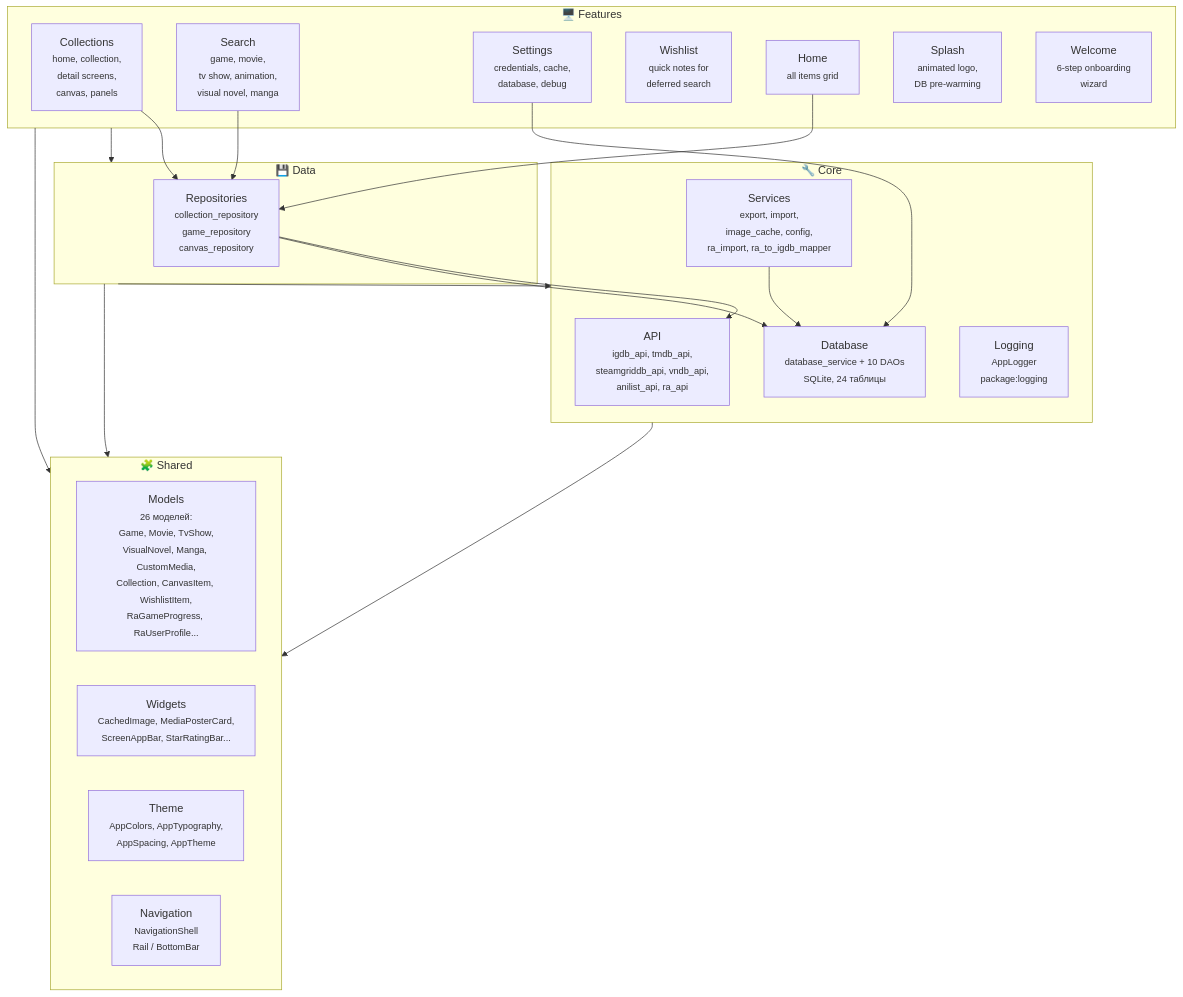
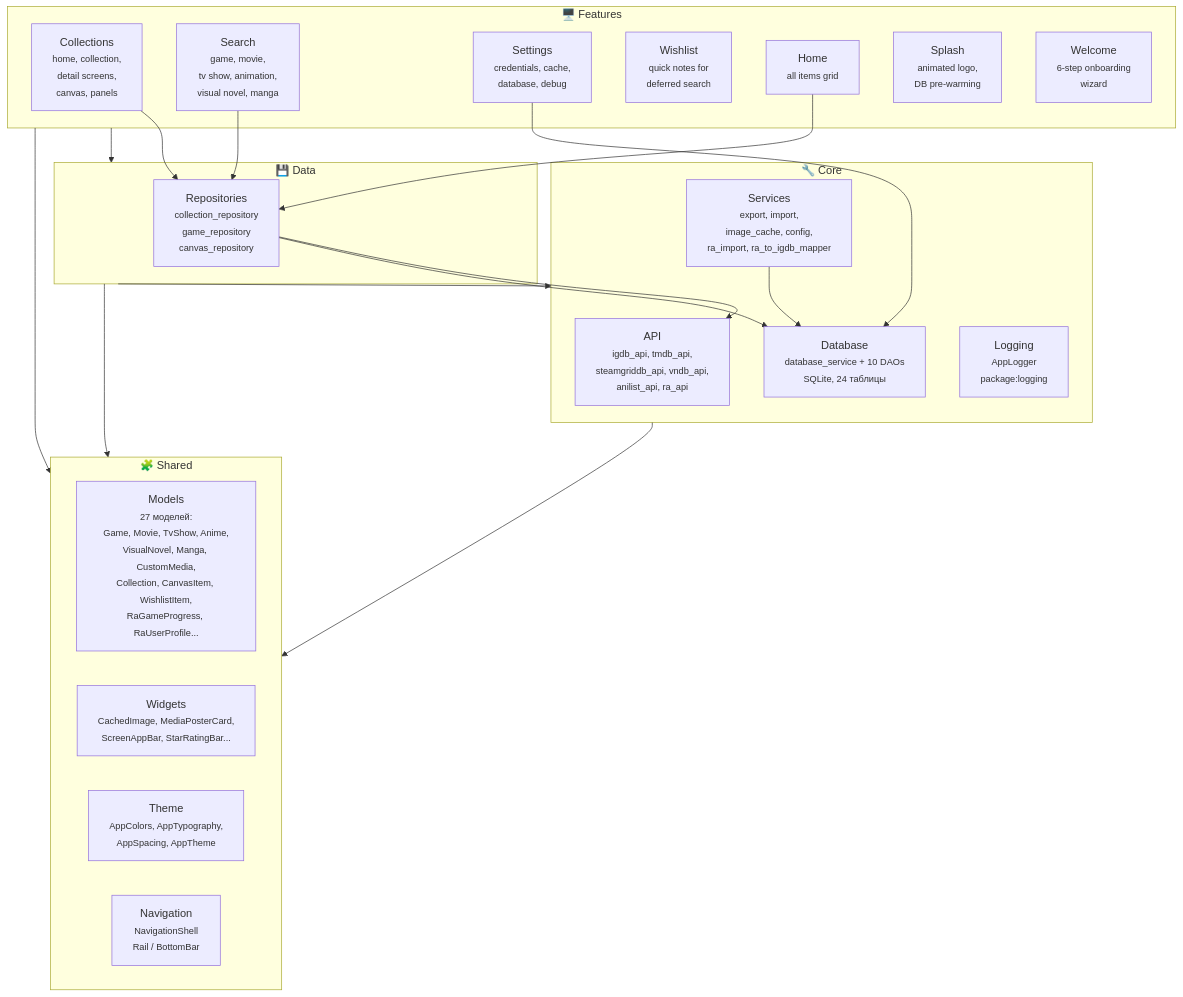
The first of 2 diagrams in docs/ARCHITECTURE.md (hacan359/tonkatsu_box), drawn with Mermaid before and after one commit. The commit also changed other lines of this file and 49 other files, not shown here.

First line of the commit message:
feat(anime): add AniList anime as new media type with full integration

````diff
--- a/docs/ARCHITECTURE.md
+++ b/docs/ARCHITECTURE.md
@@ -24,44 +24,44 @@
 ```mermaid
 graph TB
     subgraph core ["🔧 Core"]
         api["API<br/><small>igdb_api, tmdb_api,<br/>steamgriddb_api, vndb_api,<br/>anilist_api, ra_api</small>"]
         database["Database<br/><small>database_service + 10 DAOs<br/>SQLite, 24 таблицы</small>"]
         logging["Logging<br/><small>AppLogger<br/>package:logging</small>"]
         services["Services<br/><small>export, import,<br/>image_cache, config,<br/>ra_import, ra_to_igdb_mapper</small>"]
     end
 
     subgraph data ["💾 Data"]
         repositories["Repositories<br/><small>collection_repository<br/>game_repository<br/>canvas_repository</small>"]
     end
 
     subgraph features ["🖥️ Features"]
         collections["Collections<br/><small>home, collection,<br/>detail screens,<br/>canvas, panels</small>"]
         search["Search<br/><small>game, movie,<br/>tv show, animation,<br/>visual novel, manga</small>"]
         settings["Settings<br/><small>credentials, cache,<br/>database, debug</small>"]
         wishlist["Wishlist<br/><small>quick notes for<br/>deferred search</small>"]
         home["Home<br/><small>all items grid</small>"]
         splash["Splash<br/><small>animated logo,<br/>DB pre-warming</small>"]
         welcome["Welcome<br/><small>6-step onboarding<br/>wizard</small>"]
     end
 
     subgraph shared ["🧩 Shared"]
-        models["Models<br/><small>26 моделей:<br/>Game, Movie, TvShow,<br/>VisualNovel, Manga, CustomMedia,<br/>Collection, CanvasItem, WishlistItem,<br/>RaGameProgress, RaUserProfile...</small>"]
+        models["Models<br/><small>27 моделей:<br/>Game, Movie, TvShow, Anime,<br/>VisualNovel, Manga, CustomMedia,<br/>Collection, CanvasItem, WishlistItem,<br/>RaGameProgress, RaUserProfile...</small>"]
         widgets["Widgets<br/><small>CachedImage, MediaPosterCard,<br/>ScreenAppBar, StarRatingBar...</small>"]
         theme["Theme<br/><small>AppColors, AppTypography,<br/>AppSpacing, AppTheme</small>"]
         navigation["Navigation<br/><small>NavigationShell<br/>Rail / BottomBar</small>"]
     end
 
     features --> data
     features --> shared
     data --> core
     data --> shared
     core --> shared
 
     collections --> repositories
     search --> repositories
     settings --> database
     home --> repositories
     repositories --> api
     repositories --> database
     services --> database
 ```
````
